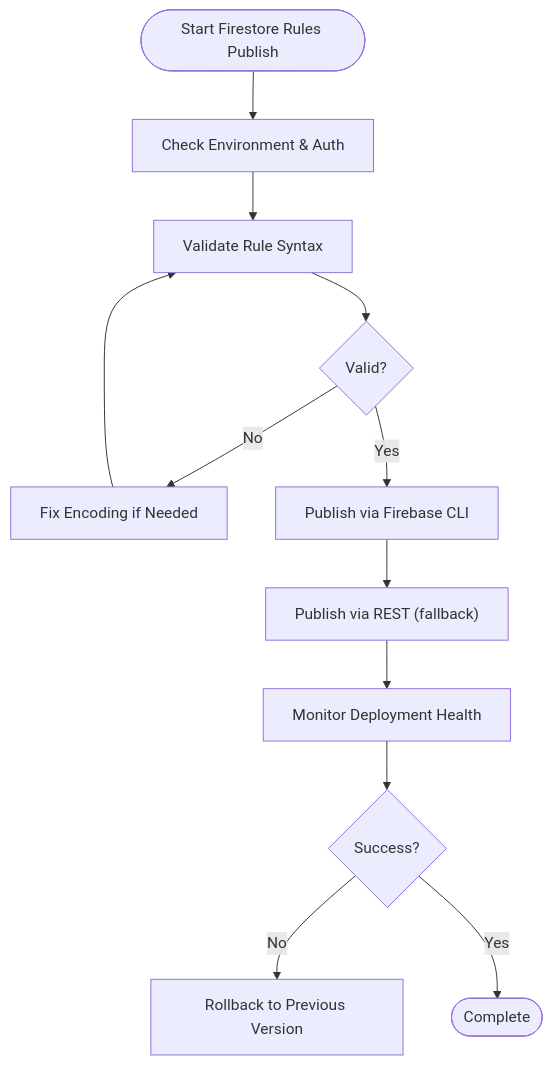
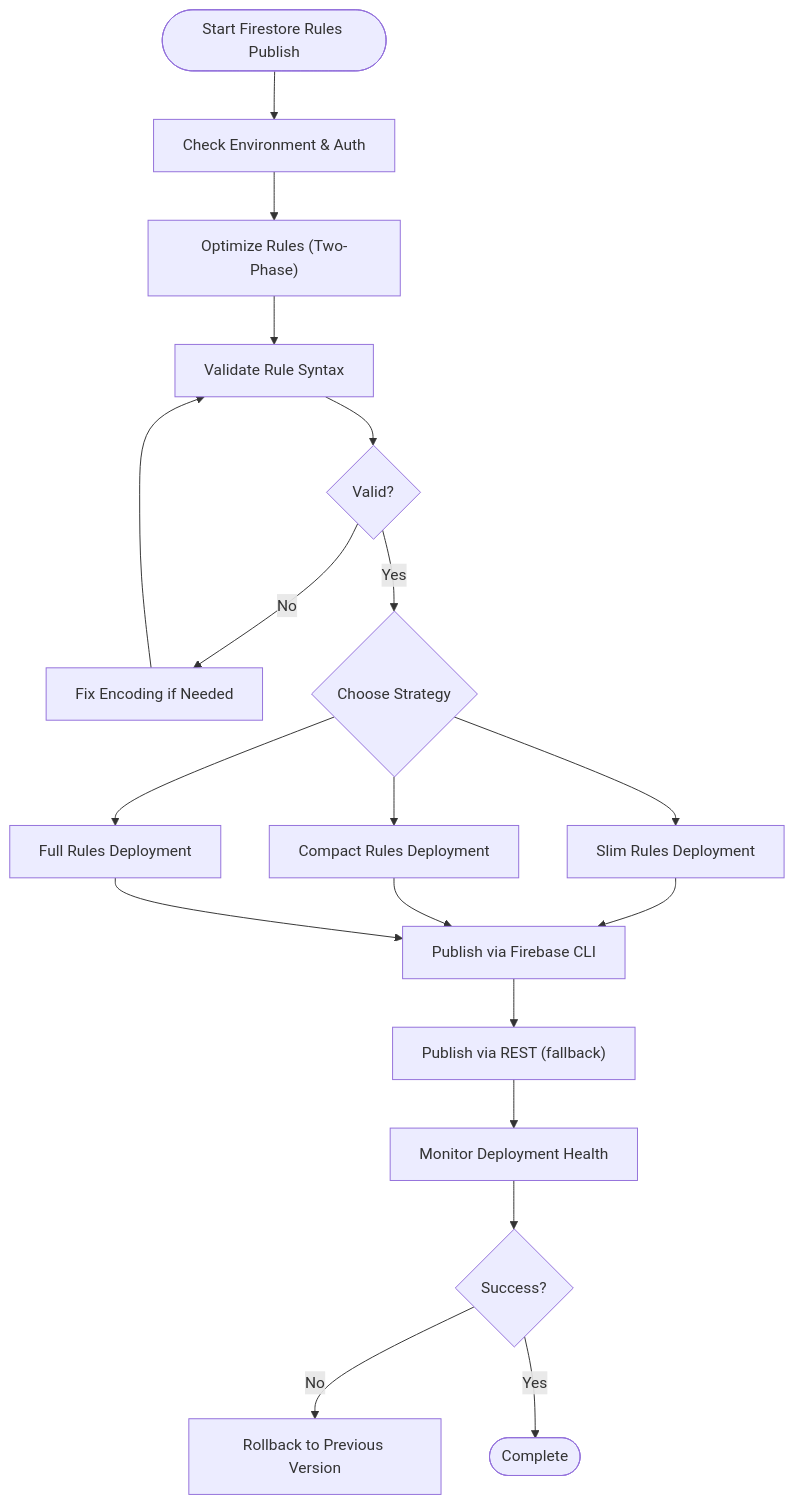
Before and after one commit to raihom-netizen/com.gestaoyahwehios.app: the third of 6 diagrams in .qoder/repowiki/en/content/Deployment & DevOps/Release Management & Publishing/Firebase Deployment & Rules.md, drawn with Mermaid. The commit also changed other lines of this file and 504 other files, not shown here.

````diff
--- a/.qoder/repowiki/en/content/Deployment & DevOps/Release Management & Publishing/Firebase Deployment & Rules.md
+++ b/.qoder/repowiki/en/content/Deployment & DevOps/Release Management & Publishing/Firebase Deployment & Rules.md
@@ -242,14 +253,21 @@
 ```mermaid
 flowchart TD
 Start(["Start Firestore Rules Publish"]) --> CheckEnv["Check Environment & Auth"]
-CheckEnv --> ValidateRules["Validate Rule Syntax"]
+CheckEnv --> OptimizeRules["Optimize Rules (Two-Phase)"]
+OptimizeRules --> ValidateRules["Validate Rule Syntax"]
 ValidateRules --> Valid{"Valid?"}
 Valid --> |No| FixEncoding["Fix Encoding if Needed"]
 FixEncoding --> ValidateRules
-Valid --> |Yes| PublishViaCLI["Publish via Firebase CLI"]
+Valid --> |Yes| ChooseStrategy{"Choose Strategy"}
+ChooseStrategy --> SlimRules["Slim Rules Deployment"]
+ChooseStrategy --> CompactRules["Compact Rules Deployment"]
+ChooseStrategy --> FullRules["Full Rules Deployment"]
+SlimRules --> PublishViaCLI["Publish via Firebase CLI"]
+CompactRules --> PublishViaCLI
+FullRules --> PublishViaCLI
 PublishViaCLI --> PublishREST["Publish via REST (fallback)"]
 PublishREST --> MonitorHealth["Monitor Deployment Health"]
 MonitorHealth --> Success{"Success?"}
 Success --> |No| Rollback["Rollback to Previous Version"]
 Success --> |Yes| Complete(["Complete"])
 ```
````
